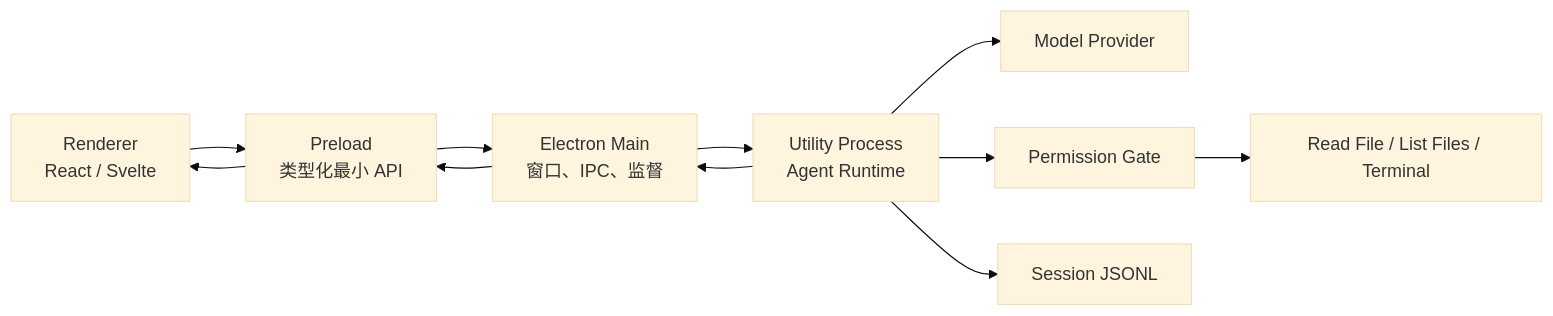
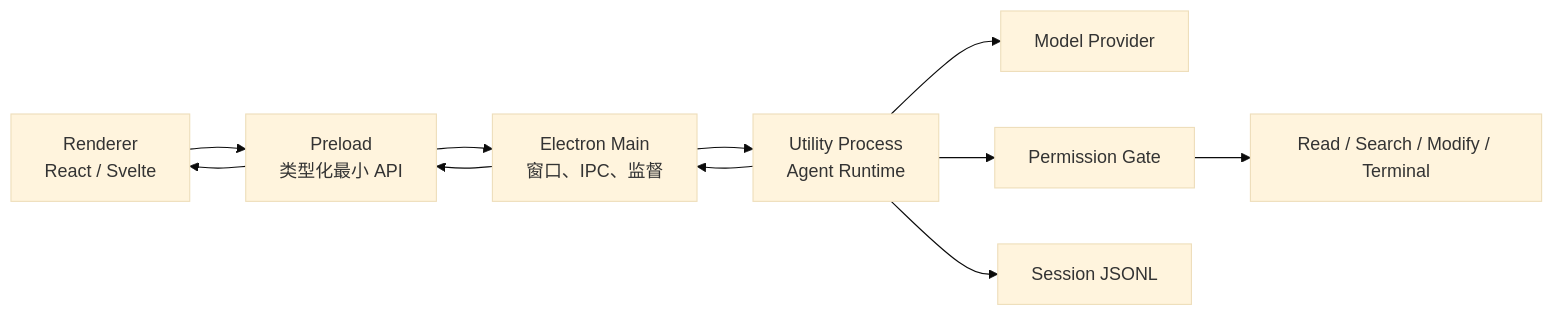
Before and after one commit to zxt6991-source/jojo-agent: the second of 2 diagrams in ts-desktop-agent-mvp-roadmap.md, drawn with Mermaid (base theme). The commit also changed other lines of this file and 30 other files, not shown here.

````diff
--- a/ts-desktop-agent-mvp-roadmap.md
+++ b/ts-desktop-agent-mvp-roadmap.md
@@ -179,13 +179,13 @@
 ```mermaid
 flowchart LR
     UI["Renderer\nReact / Svelte"] --> PRELOAD["Preload\n类型化最小 API"]
     PRELOAD --> MAIN["Electron Main\n窗口、IPC、监督"]
     MAIN --> WORKER["Utility Process\nAgent Runtime"]
     WORKER --> PROVIDER["Model Provider"]
     WORKER --> GATE["Permission Gate"]
-    GATE --> TOOLS["Read File / List Files / Terminal"]
+    GATE --> TOOLS["Read / Search / Modify / Terminal"]
     WORKER --> STORE["Session JSONL"]
     WORKER --> MAIN
     MAIN --> PRELOAD
     PRELOAD --> UI
 ```
````
